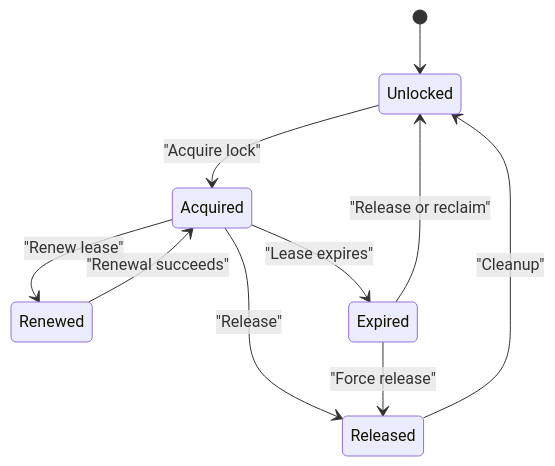
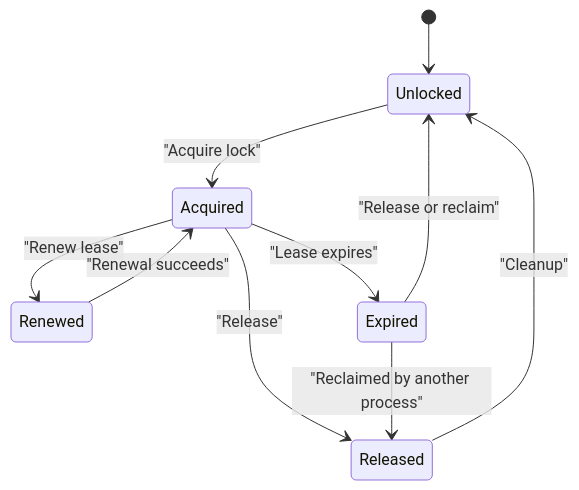
The fifth of 8 diagrams in Storage System/Storage System.md (Kuldeep2822k/palee-architecture), drawn with Mermaid before and after one commit. The commit also changed other lines of this file and 7 other files, not shown here.

````diff
--- a/Storage System/Storage System.md
+++ b/Storage System/Storage System.md
@@ -288,12 +250,12 @@
 ```mermaid
 stateDiagram-v2
   [*] --> Unlocked
   Unlocked --> Acquired : "Acquire lock"
   Acquired --> Renewed : "Renew lease"
   Renewed --> Acquired : "Renewal succeeds"
   Acquired --> Expired : "Lease expires"
   Expired --> Unlocked : "Release or reclaim"
   Acquired --> Released : "Release"
   Released --> Unlocked : "Cleanup"
-  Expired --> Released : "Force release"
+  Expired --> Released : "Reclaimed by another process"
 ```
````
